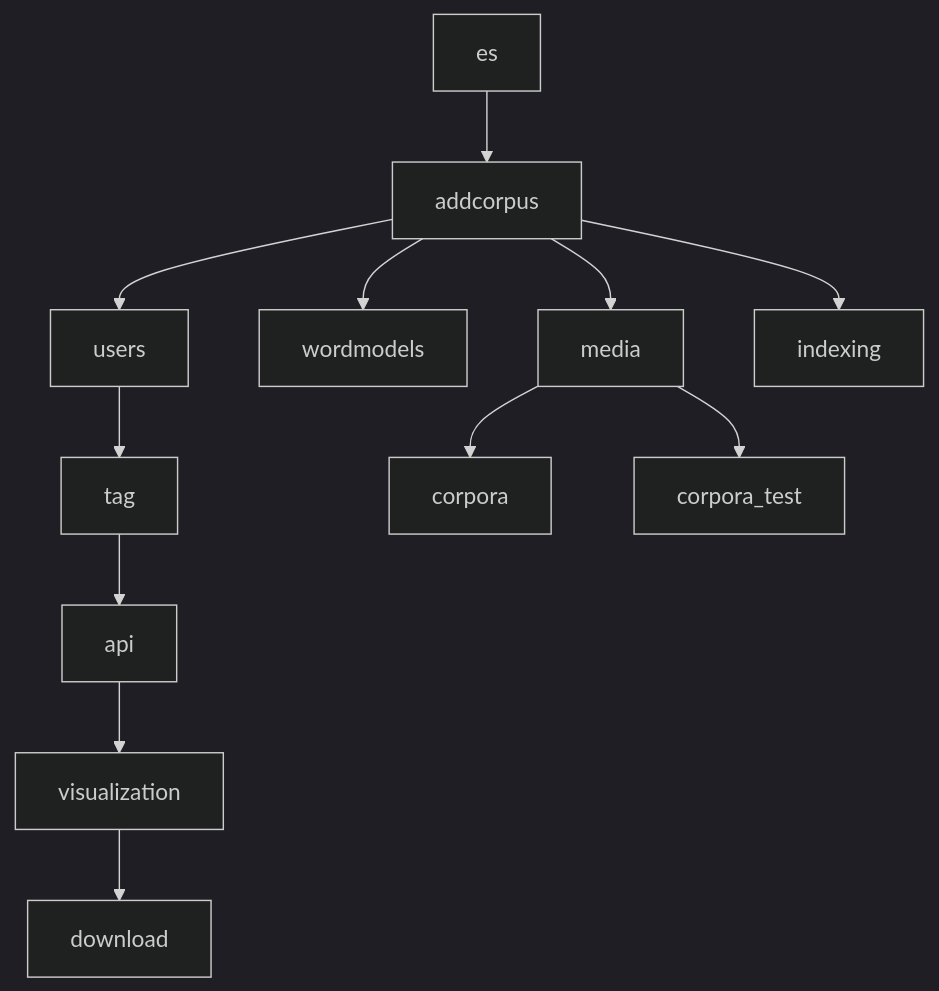
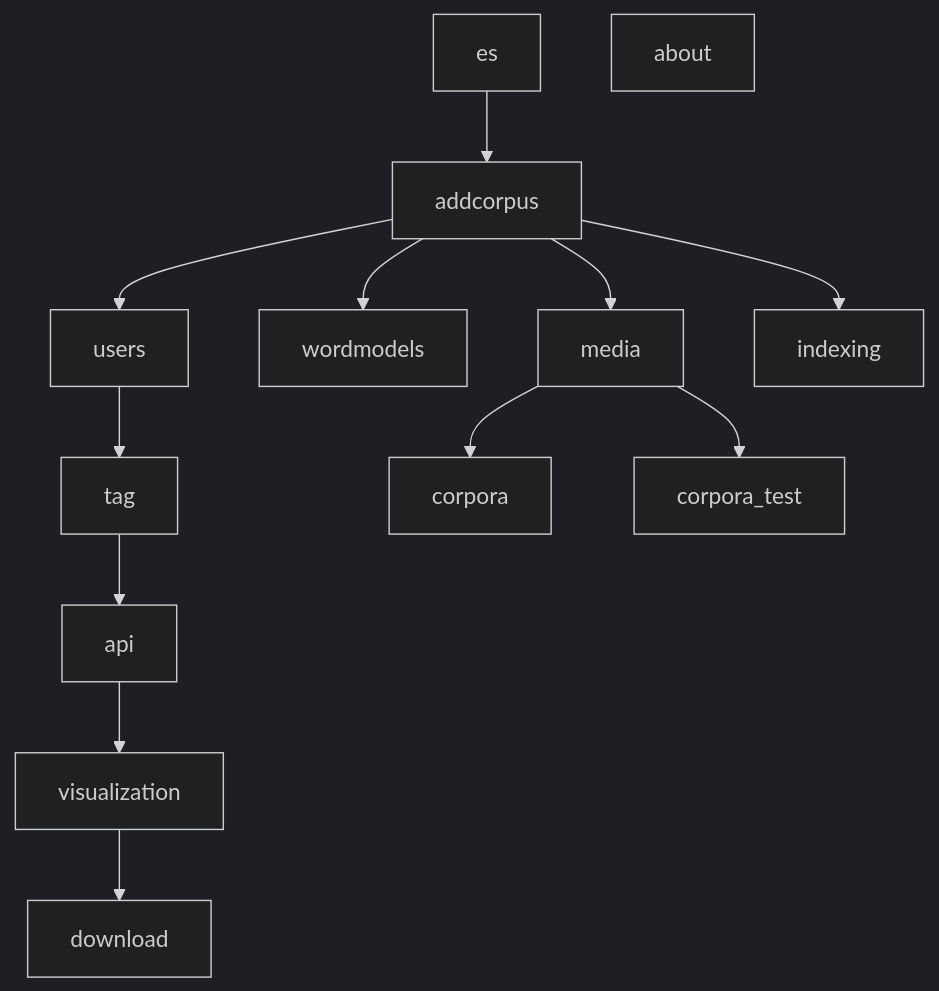
The diagram in documentation/Overview.md (CentreForDigitalHumanities/Textcavator), drawn with Mermaid (dark theme) before and after one commit. The commit also changed other lines of this file and 1 other file, not shown here.

Commit message:
document news feature

````diff
--- a/documentation/Overview.md
+++ b/documentation/Overview.md
@@ -31,14 +32,15 @@
 ```mermaid
 graph TD;
     es-->addcorpus;
     addcorpus-->users;
 	addcorpus-->wordmodels;
     addcorpus-->media;
     tag-->api;
     visualization-->download;
 	users-->tag;
 	api-->visualization;
     addcorpus-->indexing;
     media-->corpora;
     media-->corpora_test;
+    about;
 ```
````
